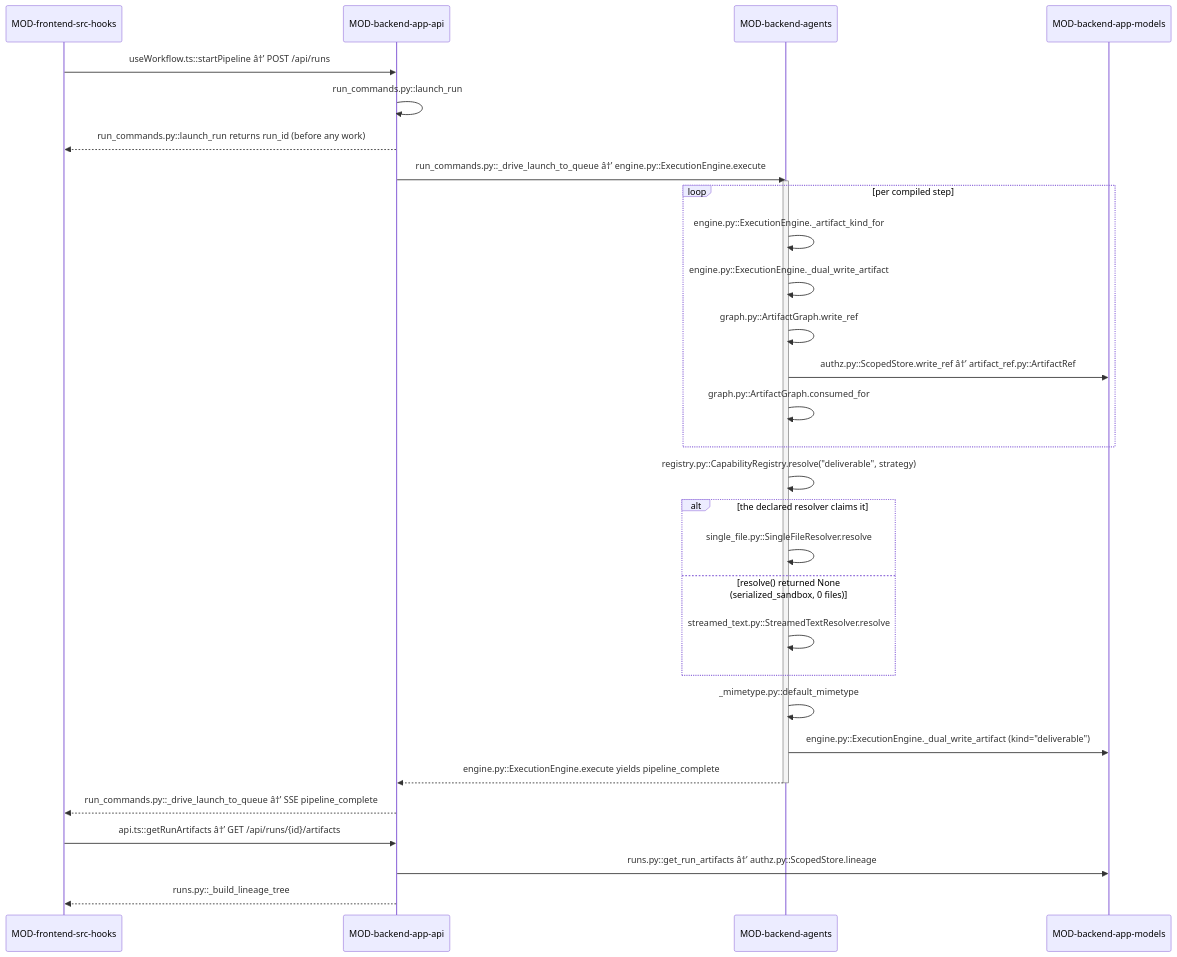
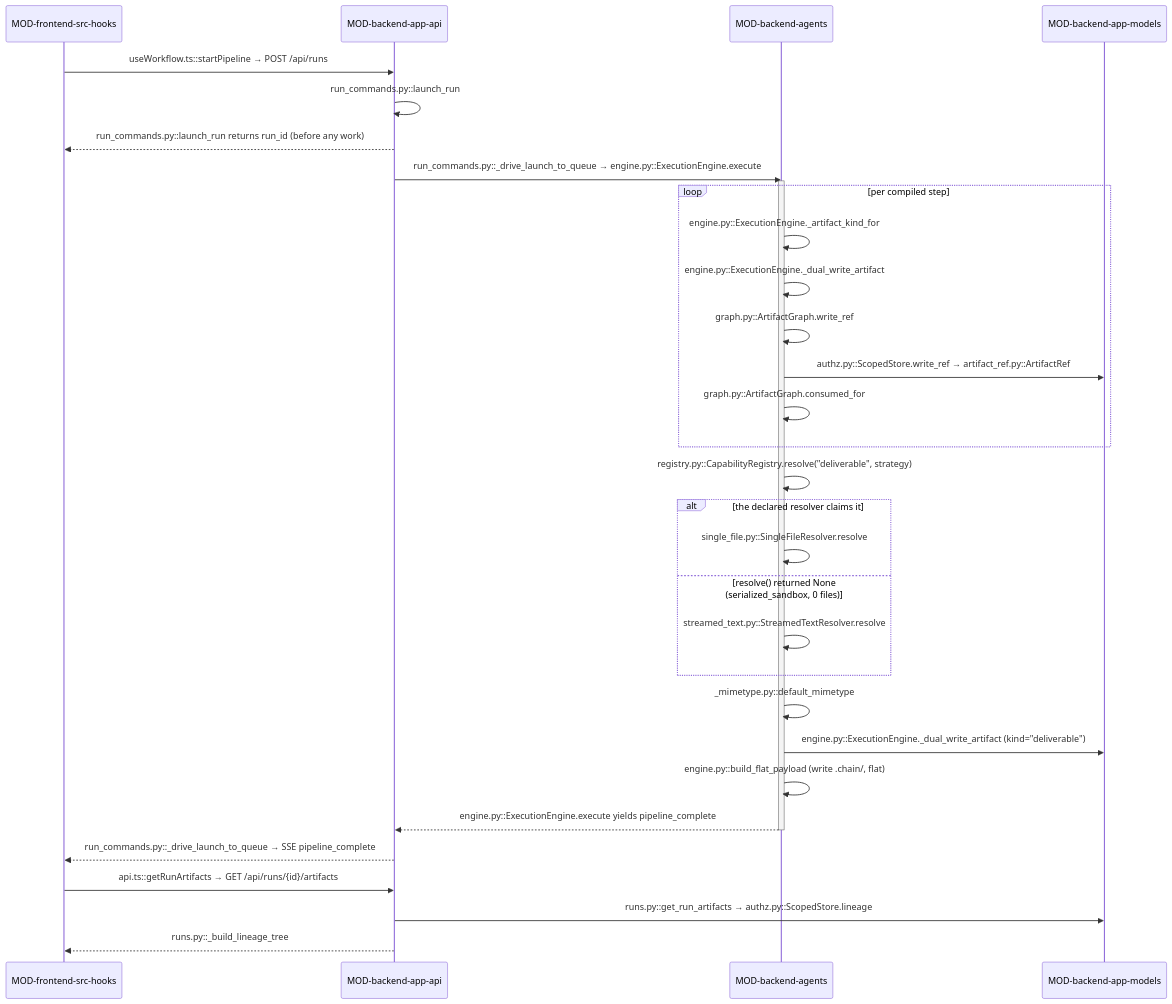
One commit to prateek-sinha7/IdeaFlowAI changed the second of 2 diagrams in .knowledge/architecture/DOMAIN-deliverables-and-artifacts.md. Above: the diagram before and after it, drawn with Mermaid. The commit also changed other lines of this file and 4493 other files, not shown here.

````diff
--- a/.knowledge/architecture/DOMAIN-deliverables-and-artifacts.md
+++ b/.knowledge/architecture/DOMAIN-deliverables-and-artifacts.md
@@ -160,34 +164,35 @@
 ```mermaid
 sequenceDiagram
     participant MOD-frontend-src-hooks
     participant MOD-backend-app-api
     participant MOD-backend-agents
     participant MOD-backend-app-models
 
-    MOD-frontend-src-hooks->>MOD-backend-app-api: useWorkflow.ts::startPipeline â†’ POST /api/runs
+    MOD-frontend-src-hooks->>MOD-backend-app-api: useWorkflow.ts::startPipeline → POST /api/runs
     MOD-backend-app-api->>MOD-backend-app-api: run_commands.py::launch_run
     MOD-backend-app-api-->>MOD-frontend-src-hooks: run_commands.py::launch_run returns run_id (before any work)
-    MOD-backend-app-api->>MOD-backend-agents: run_commands.py::_drive_launch_to_queue â†’ engine.py::ExecutionEngine.execute
+    MOD-backend-app-api->>MOD-backend-agents: run_commands.py::_drive_launch_to_queue → engine.py::ExecutionEngine.execute
     activate MOD-backend-agents
     loop per compiled step
         MOD-backend-agents->>MOD-backend-agents: engine.py::ExecutionEngine._artifact_kind_for
         MOD-backend-agents->>MOD-backend-agents: engine.py::ExecutionEngine._dual_write_artifact
         MOD-backend-agents->>MOD-backend-agents: graph.py::ArtifactGraph.write_ref
-        MOD-backend-agents->>MOD-backend-app-models: authz.py::ScopedStore.write_ref â†’ artifact_ref.py::ArtifactRef
+        MOD-backend-agents->>MOD-backend-app-models: authz.py::ScopedStore.write_ref → artifact_ref.py::ArtifactRef
         MOD-backend-agents->>MOD-backend-agents: graph.py::ArtifactGraph.consumed_for
     end
     MOD-backend-agents->>MOD-backend-agents: registry.py::CapabilityRegistry.resolve("deliverable", strategy)
     alt the declared resolver claims it
         MOD-backend-agents->>MOD-backend-agents: single_file.py::SingleFileResolver.resolve
     else resolve() returned None (serialized_sandbox, 0 files)
         MOD-backend-agents->>MOD-backend-agents: streamed_text.py::StreamedTextResolver.resolve
     end
     MOD-backend-agents->>MOD-backend-agents: _mimetype.py::default_mimetype
     MOD-backend-agents->>MOD-backend-app-models: engine.py::ExecutionEngine._dual_write_artifact (kind="deliverable")
+    MOD-backend-agents->>MOD-backend-agents: engine.py::build_flat_payload (write .chain/, flat)
     MOD-backend-agents-->>MOD-backend-app-api: engine.py::ExecutionEngine.execute yields pipeline_complete
     deactivate MOD-backend-agents
-    MOD-backend-app-api-->>MOD-frontend-src-hooks: run_commands.py::_drive_launch_to_queue â†’ SSE pipeline_complete
-    MOD-frontend-src-hooks->>MOD-backend-app-api: api.ts::getRunArtifacts â†’ GET /api/runs/{id}/artifacts
-    MOD-backend-app-api->>MOD-backend-app-models: runs.py::get_run_artifacts â†’ authz.py::ScopedStore.lineage
+    MOD-backend-app-api-->>MOD-frontend-src-hooks: run_commands.py::_drive_launch_to_queue → SSE pipeline_complete
+    MOD-frontend-src-hooks->>MOD-backend-app-api: api.ts::getRunArtifacts → GET /api/runs/{id}/artifacts
+    MOD-backend-app-api->>MOD-backend-app-models: runs.py::get_run_artifacts → authz.py::ScopedStore.lineage
     MOD-backend-app-api-->>MOD-frontend-src-hooks: runs.py::_build_lineage_tree
 ```
````
